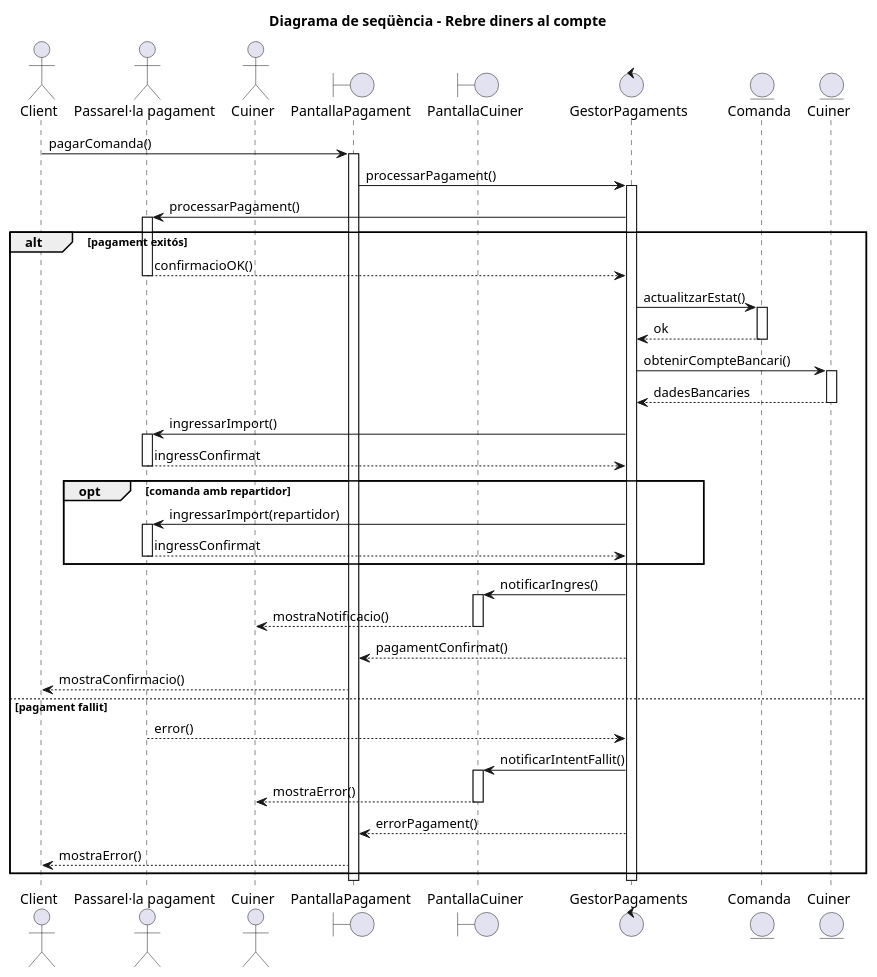
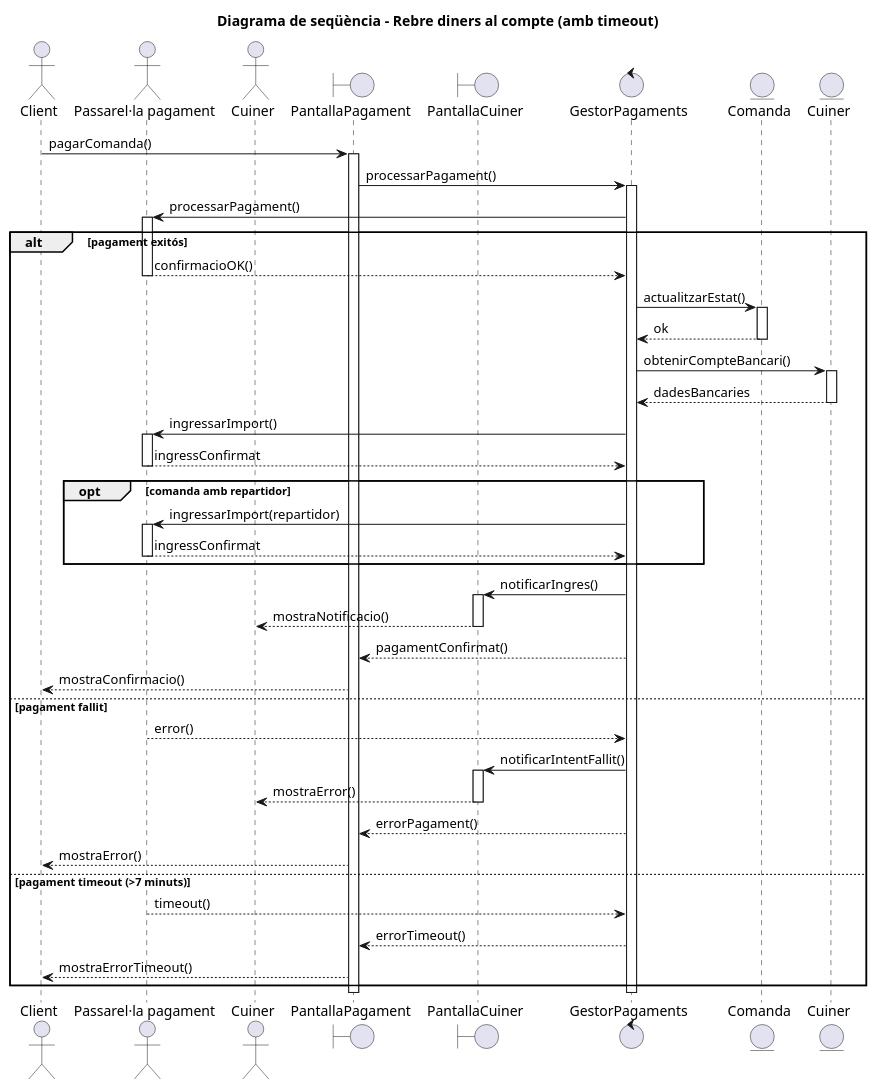
The diagram in diagrames/sequencia/casos/cuiner/rebre-diners.puml (enricalv03/ES23UAB-411-08), drawn with PlantUML before and after one commit.

Commit message:
Add timeout handling to payment sequence diagram

```diff
--- a/diagrames/sequencia/casos/cuiner/rebre-diners.puml
+++ b/diagrames/sequencia/casos/cuiner/rebre-diners.puml
@@ -1,70 +1,77 @@
 @startuml
-title Diagrama de seqüència - Rebre diners al compte 
+title Diagrama de seqüència - Rebre diners al compte (amb timeout)
 
 actor Client
 actor "Passarel·la pagament" as Passarella
 actor Cuiner
 
 boundary "PantallaPagament" as PantallaClient
 boundary "PantallaCuiner" as PantallaCuiner
 control "GestorPagaments" as Gestor
 entity "Comanda" as ComandaDB
 entity "Cuiner" as CuinerDB
 
 Client -> PantallaClient: pagarComanda()
 activate PantallaClient
 
 PantallaClient -> Gestor: processarPagament()
 activate Gestor
 
 Gestor -> Passarella: processarPagament()
 activate Passarella
 
 alt pagament exitós
     Passarella --> Gestor: confirmacioOK()
     deactivate Passarella
     
     Gestor -> ComandaDB: actualitzarEstat()
     activate ComandaDB
     ComandaDB --> Gestor: ok
     deactivate ComandaDB
     
     Gestor -> CuinerDB: obtenirCompteBancari()
     activate CuinerDB
     CuinerDB --> Gestor: dadesBancaries
     deactivate CuinerDB
     
     Gestor -> Passarella: ingressarImport()
     activate Passarella
     Passarella --> Gestor: ingressConfirmat
     deactivate Passarella
     
     opt comanda amb repartidor
         Gestor -> Passarella: ingressarImport(repartidor)
         activate Passarella
         Passarella --> Gestor: ingressConfirmat
         deactivate Passarella
     end
     
     Gestor -> PantallaCuiner: notificarIngres()
     activate PantallaCuiner
     PantallaCuiner --> Cuiner: mostraNotificacio()
     deactivate PantallaCuiner
     
     Gestor --> PantallaClient: pagamentConfirmat()
     PantallaClient --> Client: mostraConfirmacio()
     
 else pagament fallit
     Passarella --> Gestor: error()
     deactivate Passarella
     Gestor -> PantallaCuiner: notificarIntentFallit()
     activate PantallaCuiner
     PantallaCuiner --> Cuiner: mostraError()
     deactivate PantallaCuiner
     Gestor --> PantallaClient: errorPagament()
     PantallaClient --> Client: mostraError()
+    
+else pagament timeout (>7 minuts)
+    Passarella --> Gestor: timeout()
+    deactivate Passarella
+    Gestor --> PantallaClient: errorTimeout()
+    PantallaClient --> Client: mostraErrorTimeout()
+    ' El cuiner no rep notificació (només cancel·lació segons FA-02)
 end
 
 deactivate Gestor
 deactivate PantallaClient
 @enduml
```
